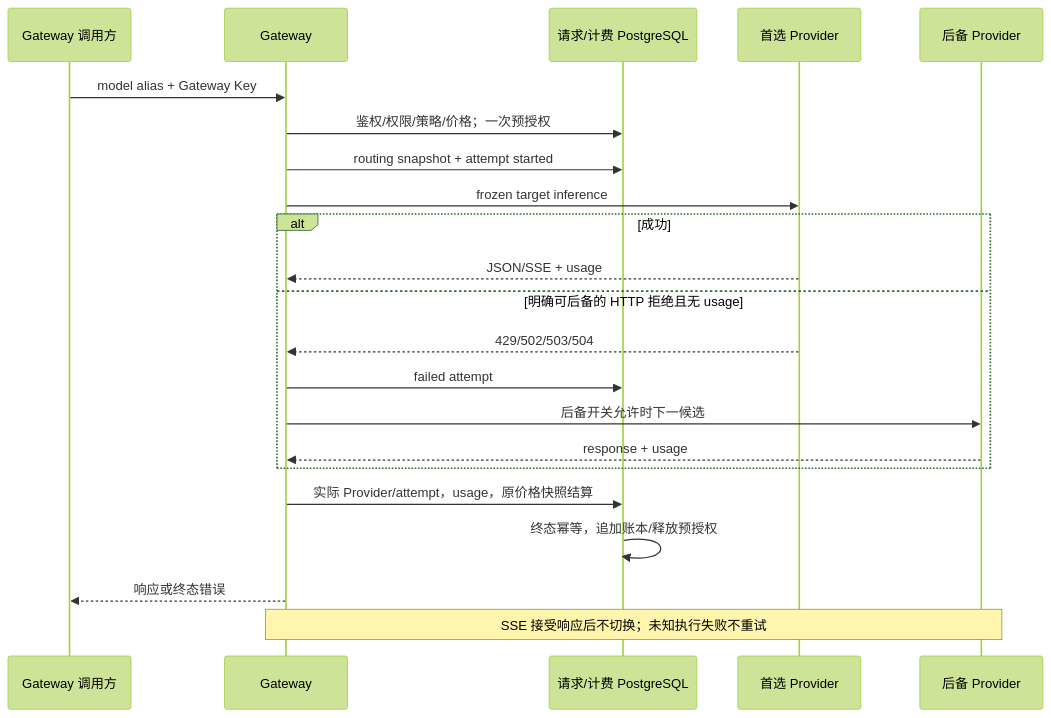
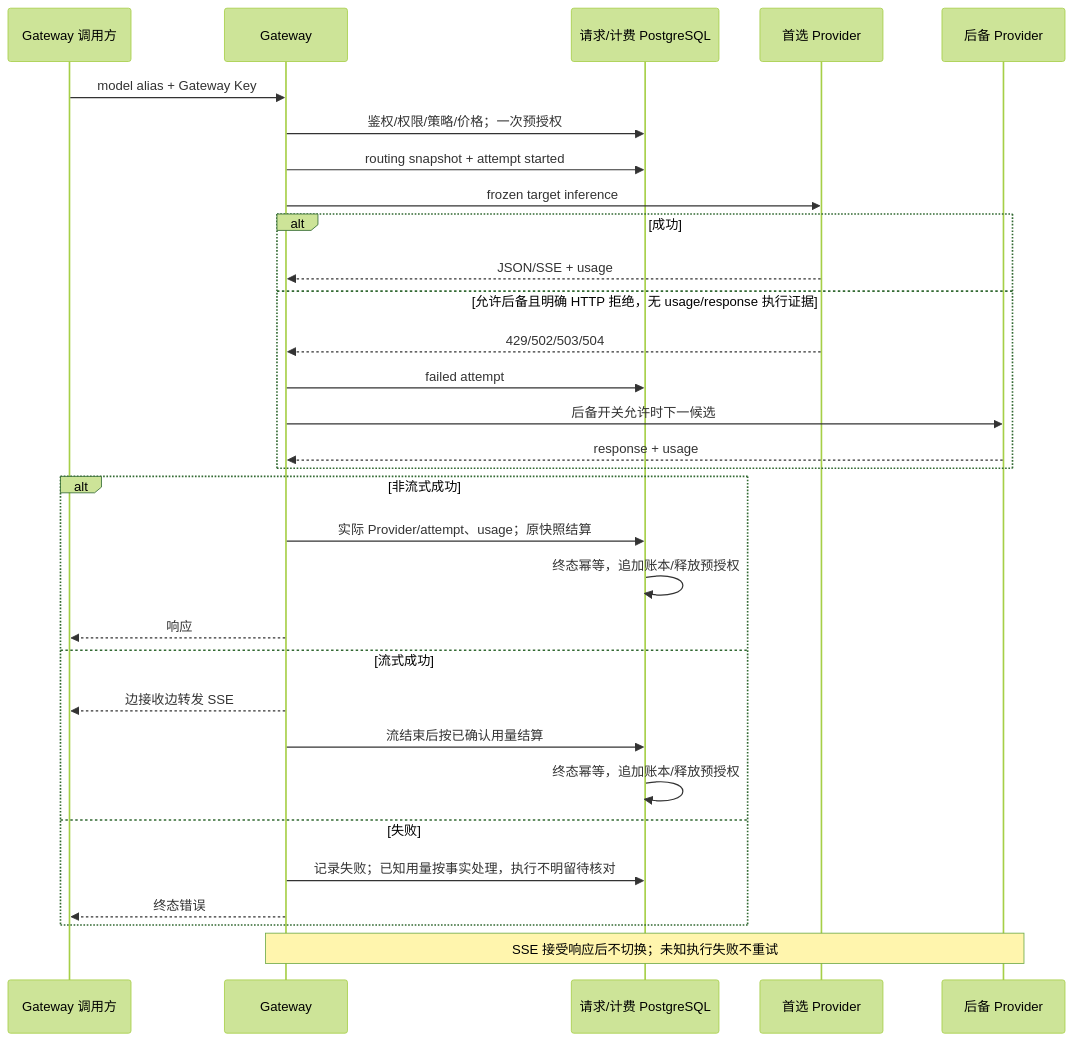
One commit to glide-the/dream-im-platform changed the fifth of 5 diagrams in docs/design/provider-usage-and-routing.md. Above: the diagram before and after it, drawn with Mermaid (forest theme). The commit also changed other lines of this file and 33 other files, not shown here.

````diff
--- a/docs/design/provider-usage-and-routing.md
+++ b/docs/design/provider-usage-and-routing.md
@@ -138,24 +233,33 @@
 ```mermaid
 sequenceDiagram
   participant C as Gateway 调用方
   participant G as Gateway
   participant PG as 请求/计费 PostgreSQL
   participant P1 as 首选 Provider
   participant P2 as 后备 Provider
   C->>G: model alias + Gateway Key
   G->>PG: 鉴权/权限/策略/价格；一次预授权
   G->>PG: routing snapshot + attempt started
   G->>P1: frozen target inference
   alt 成功
     P1-->>G: JSON/SSE + usage
-  else 明确可后备的 HTTP 拒绝且无 usage
+  else 允许后备且明确 HTTP 拒绝，无 usage/response 执行证据
     P1-->>G: 429/502/503/504
     G->>PG: failed attempt
     G->>P2: 后备开关允许时下一候选
     P2-->>G: response + usage
   end
-  G->>PG: 实际 Provider/attempt，usage，原价格快照结算
-  PG->>PG: 终态幂等，追加账本/释放预授权
-  G-->>C: 响应或终态错误
+  alt 非流式成功
+    G->>PG: 实际 Provider/attempt、usage；原快照结算
+    PG->>PG: 终态幂等，追加账本/释放预授权
+    G-->>C: 响应
+  else 流式成功
+    G-->>C: 边接收边转发 SSE
+    G->>PG: 流结束后按已确认用量结算
+    PG->>PG: 终态幂等，追加账本/释放预授权
+  else 失败
+    G->>PG: 记录失败；已知用量按事实处理，执行不明留待核对
+    G-->>C: 终态错误
+  end
   Note over G,P2: SSE 接受响应后不切换；未知执行失败不重试
 ```
````
